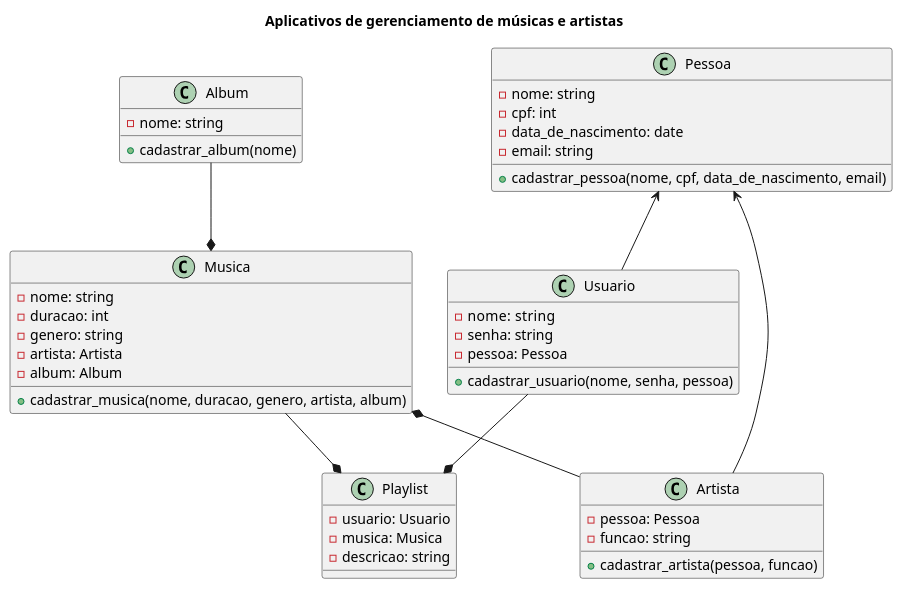
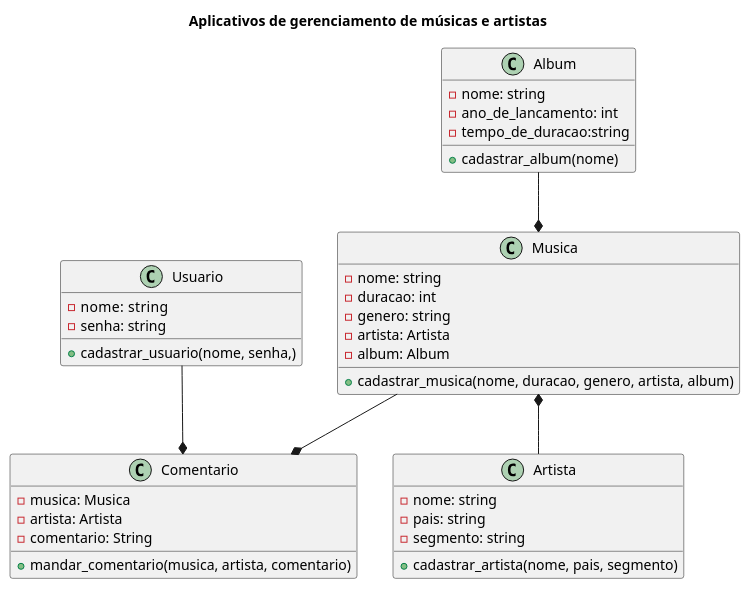
The diagram in music_app.plantuml (anleaes/2023-1-N2-POO-05), drawn with PlantUML before and after one commit.

Commit message:
update for plamtuml

```diff
--- a/music_app.plantuml
+++ b/music_app.plantuml
@@ -1,51 +1,45 @@
 @startuml
 title Aplicativos de gerenciamento de músicas e artistas
 
 class Usuario {
     - nome:  string
     - senha: string
-    - pessoa: Pessoa
-    + cadastrar_usuario(nome, senha, pessoa)
+    + cadastrar_usuario(nome, senha,)
 }
 
-class Playlist{
-    - usuario: Usuario
-    - musica: Musica
-    - descricao: string
-}
 
 class Musica{
     - nome: string
     - duracao: int
     - genero: string
     - artista: Artista
     - album: Album
     + cadastrar_musica(nome, duracao, genero, artista, album)
 }
 
 class Album{
     - nome: string
+    - ano_de_lancamento: int
+    - tempo_de_duracao:string
     + cadastrar_album(nome)
 }
 
-class Pessoa{
-- nome: string
-- cpf: int
-- data_de_nascimento: date
-- email: string
-+ cadastrar_pessoa(nome, cpf, data_de_nascimento, email)
+class Comentario{
+- musica: Musica
+- artista: Artista
+- comentario: String
++ mandar_comentario(musica, artista, comentario)
 }
 
 class Artista{
-- pessoa: Pessoa
-- funcao: string
-+ cadastrar_artista(pessoa, funcao)
+- nome: string
+- pais: string
+- segmento: string
++ cadastrar_artista(nome, pais, segmento)
 }
  
-Pessoa <-- Usuario
-Pessoa <-- Artista
 Musica *-- Artista
 Album --* Musica
-Musica --* Playlist
-Usuario --* Playlist
+Musica --* Comentario
+Usuario --* Comentario
 @enduml
```
